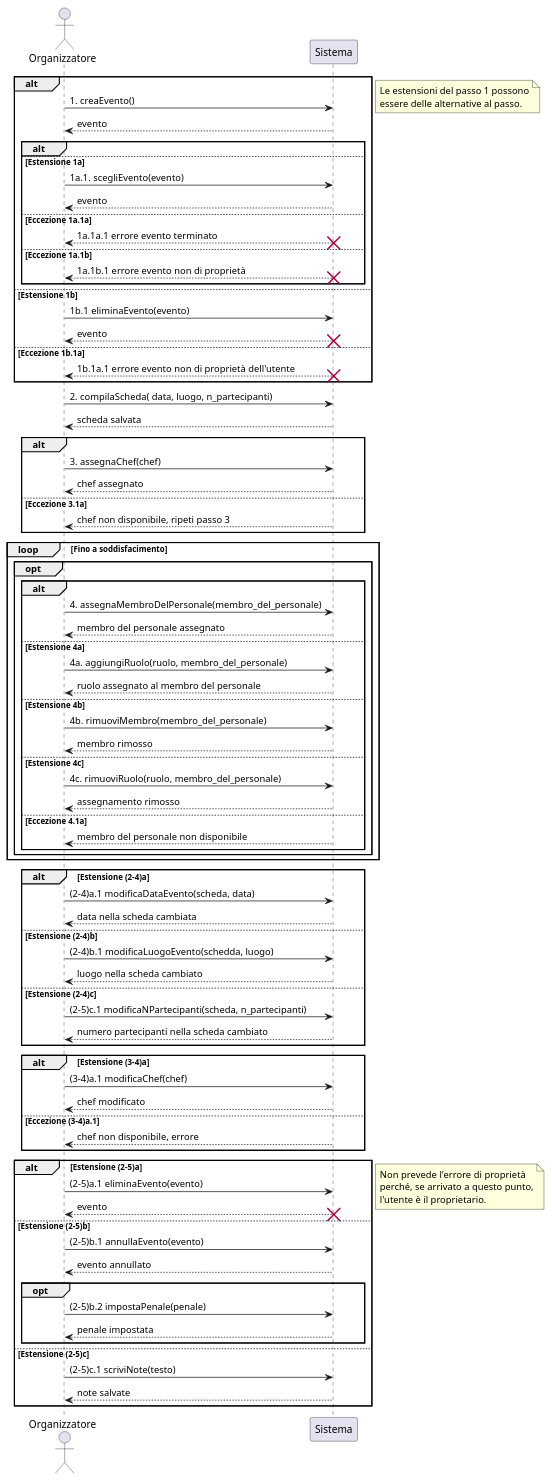
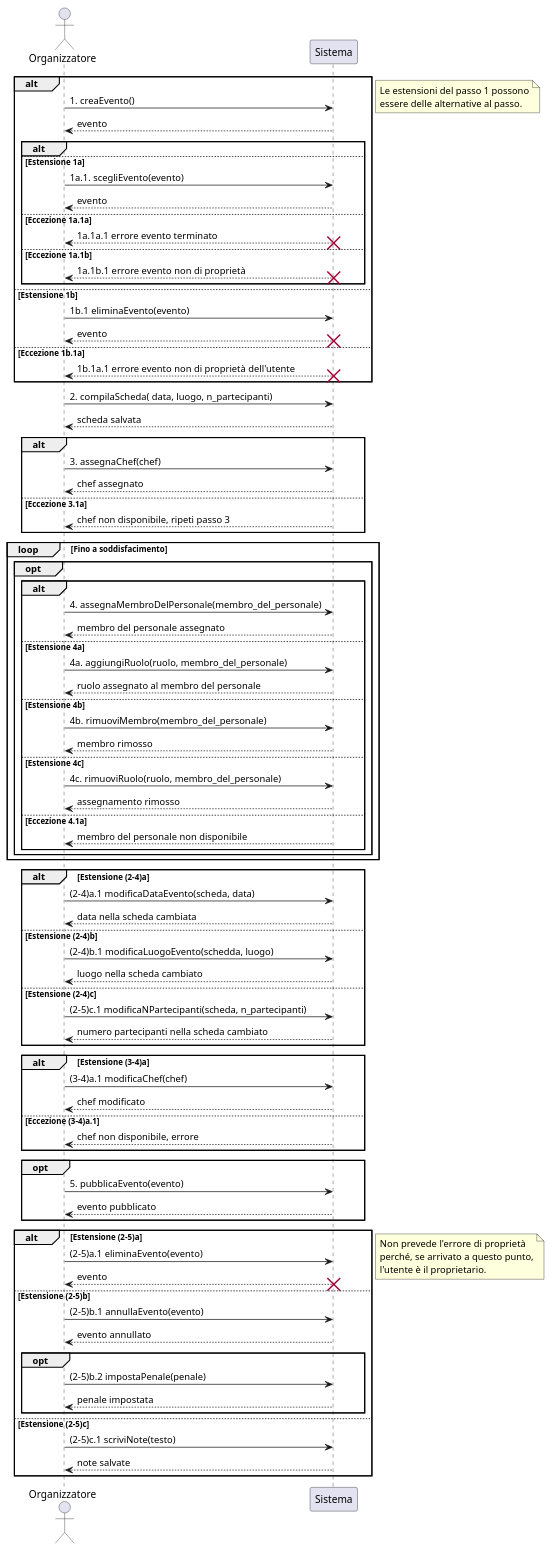
The diagram in ssd/ssd-gestire-eventi.md (m0canu1/sas), drawn with PlantUML before and after one commit. The commit also changed 1 other file, not shown here.

Commit message:
ssd corretti

```diff
--- a/ssd/ssd-gestire-eventi.md
+++ b/ssd/ssd-gestire-eventi.md
@@ -71,6 +71,10 @@
 else Eccezione (3-4)a.1
     Sistema --> Organizzatore: chef non disponibile, errore
 end    
+opt
+    Organizzatore -> Sistema: 5. pubblicaEvento(evento)
+    Sistema --> Organizzatore: evento pubblicato
+end
 alt Estensione (2-5)a
     	Organizzatore -> Sistema : (2-5)a.1 eliminaEvento(evento)
     	Sistema --> Organizzatore : evento
```
